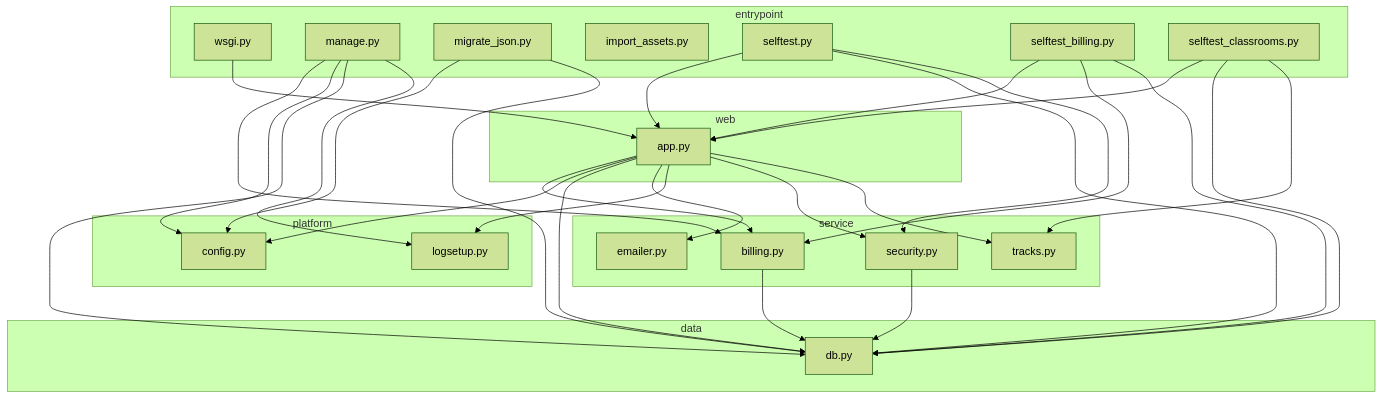
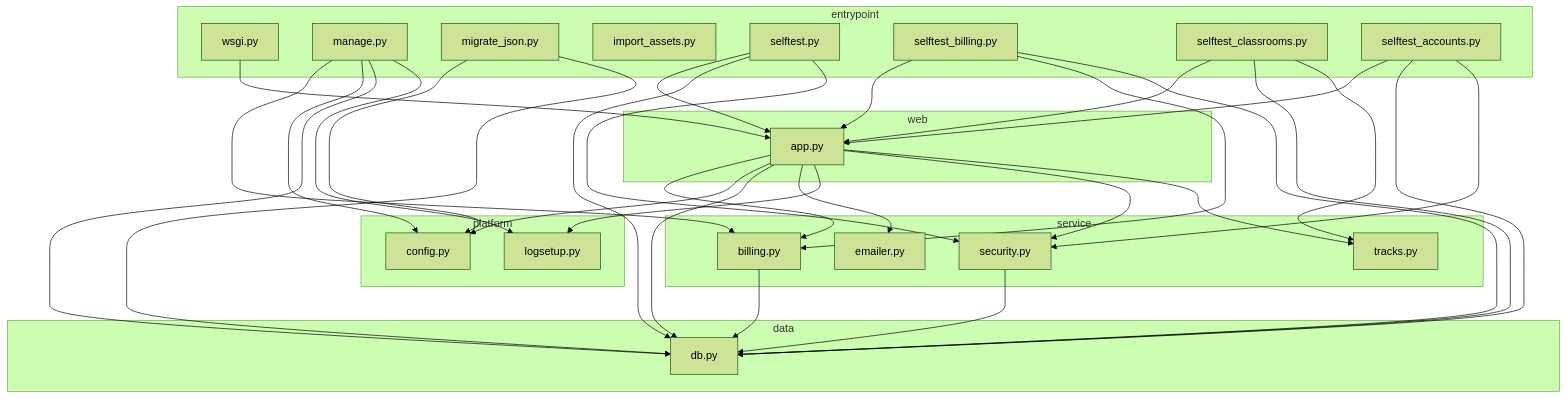
One commit to shry9735/Book-Trial-Thing changed the diagram in docs/CALLGRAPH.md. Above: the diagram before and after it, drawn with Mermaid (forest theme). The commit also changed other lines of this file and 21 other files, not shown here.

````diff
--- a/docs/CALLGRAPH.md
+++ b/docs/CALLGRAPH.md
@@ -18,53 +18,57 @@
 ```mermaid
 graph TD
     subgraph L0["entrypoint"]
         wsgi["wsgi.py"]
         manage["manage.py"]
         migrate_json["migrate_json.py"]
         import_assets["import_assets.py"]
         selftest["selftest.py"]
         selftest_billing["selftest_billing.py"]
         selftest_classrooms["selftest_classrooms.py"]
+        selftest_accounts["selftest_accounts.py"]
     end
     subgraph L1["web"]
         app["app.py"]
     end
     subgraph L2["service"]
         billing["billing.py"]
         security["security.py"]
         emailer["emailer.py"]
         tracks["tracks.py"]
     end
     subgraph L3["data"]
         db["db.py"]
     end
     subgraph L4["platform"]
         config["config.py"]
         logsetup["logsetup.py"]
     end
     app --> billing
     app --> config
     app --> db
     app --> emailer
     app --> logsetup
     app --> security
     app --> tracks
     billing --> db
     manage --> billing
     manage --> config
     manage --> db
     manage --> logsetup
     migrate_json --> config
     migrate_json --> db
     security --> db
     selftest --> app
     selftest --> db
     selftest --> security
+    selftest_accounts --> app
+    selftest_accounts --> db
+    selftest_accounts --> security
     selftest_billing --> app
     selftest_billing --> billing
     selftest_billing --> db
     selftest_classrooms --> app
     selftest_classrooms --> db
     selftest_classrooms --> tracks
     wsgi --> app
 ```
````
